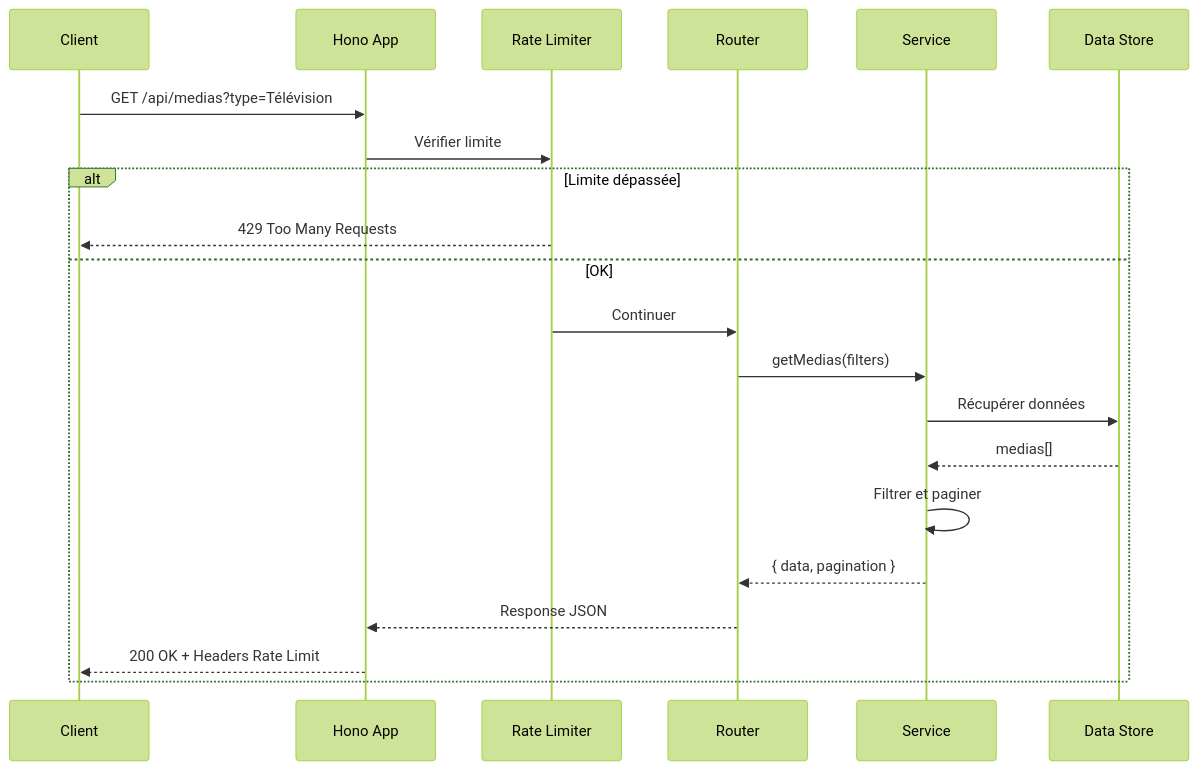
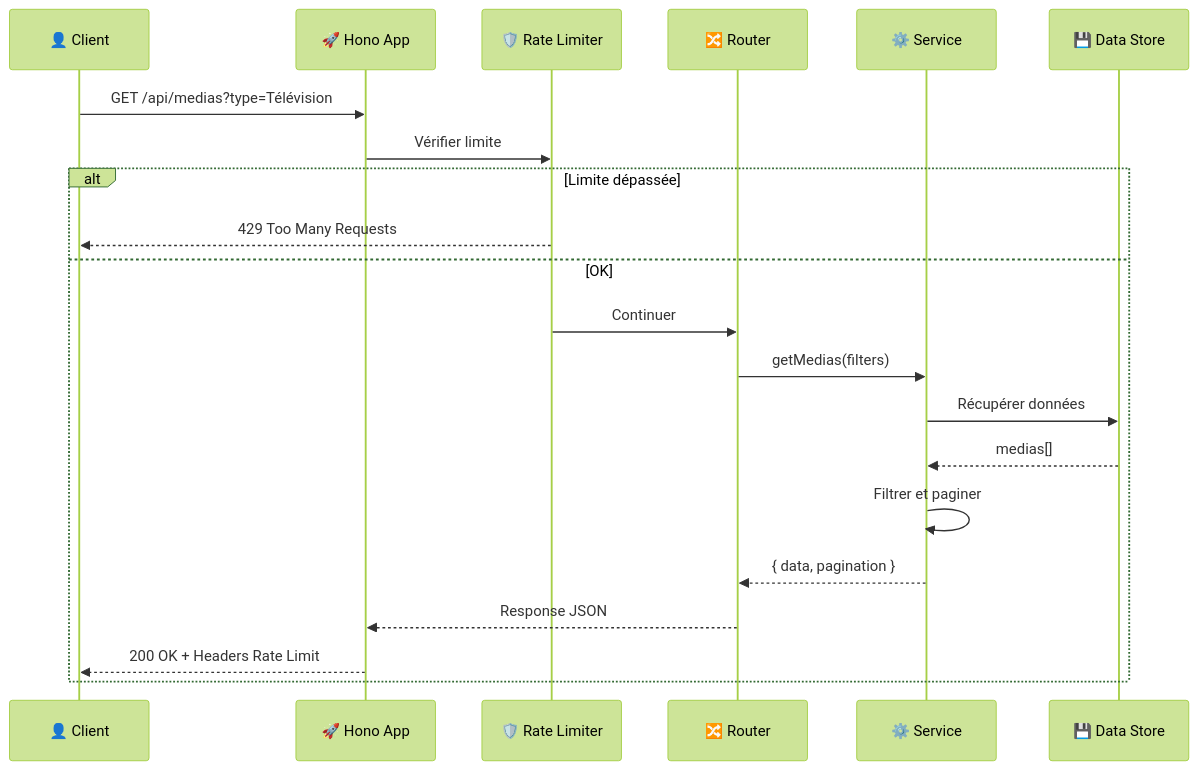
One commit to cedric-famibelle-pronzola/medias-francais-api changed the seventh of 14 diagrams in docs/diagrams.md. Above: the diagram before and after it, drawn with Mermaid (forest theme). The commit also changed other lines of this file, not shown here.

Commit message:
docs: improve mermaid styles

````diff
--- a/docs/diagrams.md
+++ b/docs/diagrams.md
@@ -302,25 +366,25 @@
 ```mermaid
 sequenceDiagram
-    participant C as Client
-    participant H as Hono App
-    participant RL as Rate Limiter
-    participant R as Router
-    participant S as Service
-    participant D as Data Store
+    participant C as 👤 Client
+    participant H as 🚀 Hono App
+    participant RL as 🛡️ Rate Limiter
+    participant R as 🔀 Router
+    participant S as ⚙️ Service
+    participant D as 💾 Data Store
 
     C->>H: GET /api/medias?type=Télévision
     H->>RL: Vérifier limite
 
     alt Limite dépassée
         RL-->>C: 429 Too Many Requests
     else OK
         RL->>R: Continuer
         R->>S: getMedias(filters)
         S->>D: Récupérer données
         D-->>S: medias[]
         S->>S: Filtrer et paginer
         S-->>R: { data, pagination }
         R-->>H: Response JSON
         H-->>C: 200 OK + Headers Rate Limit
     end
 ```
````
